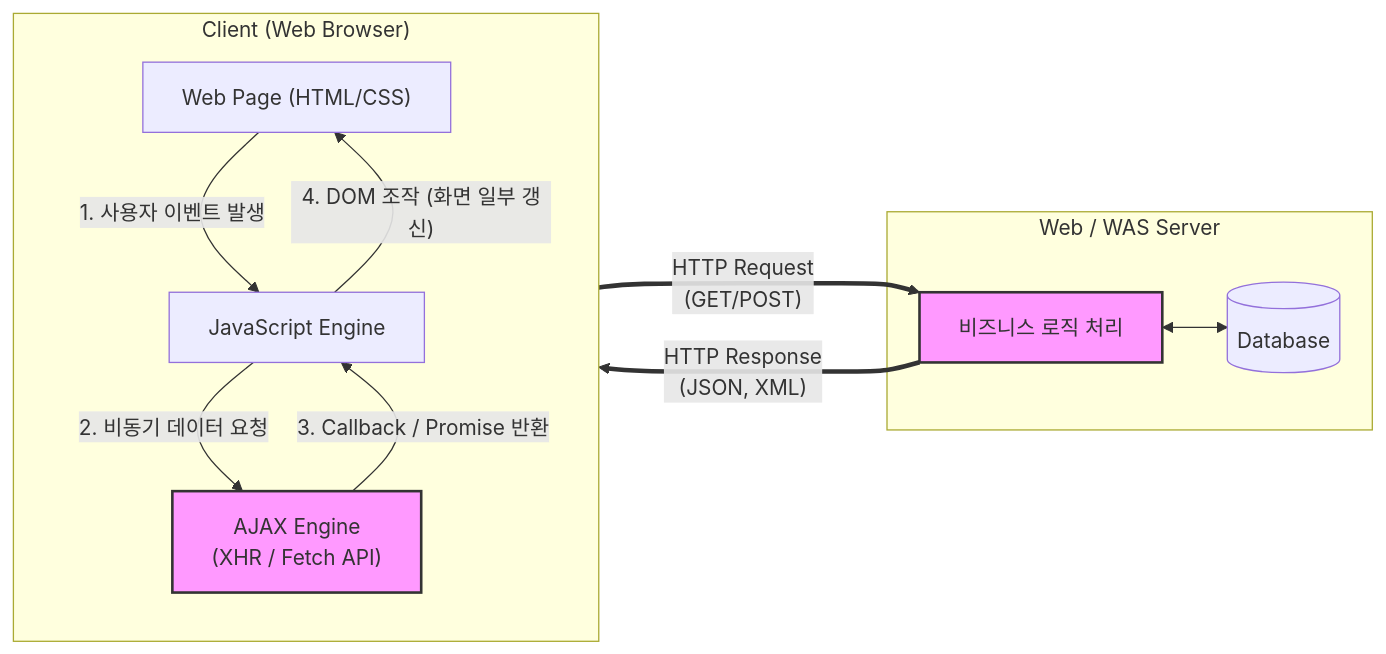
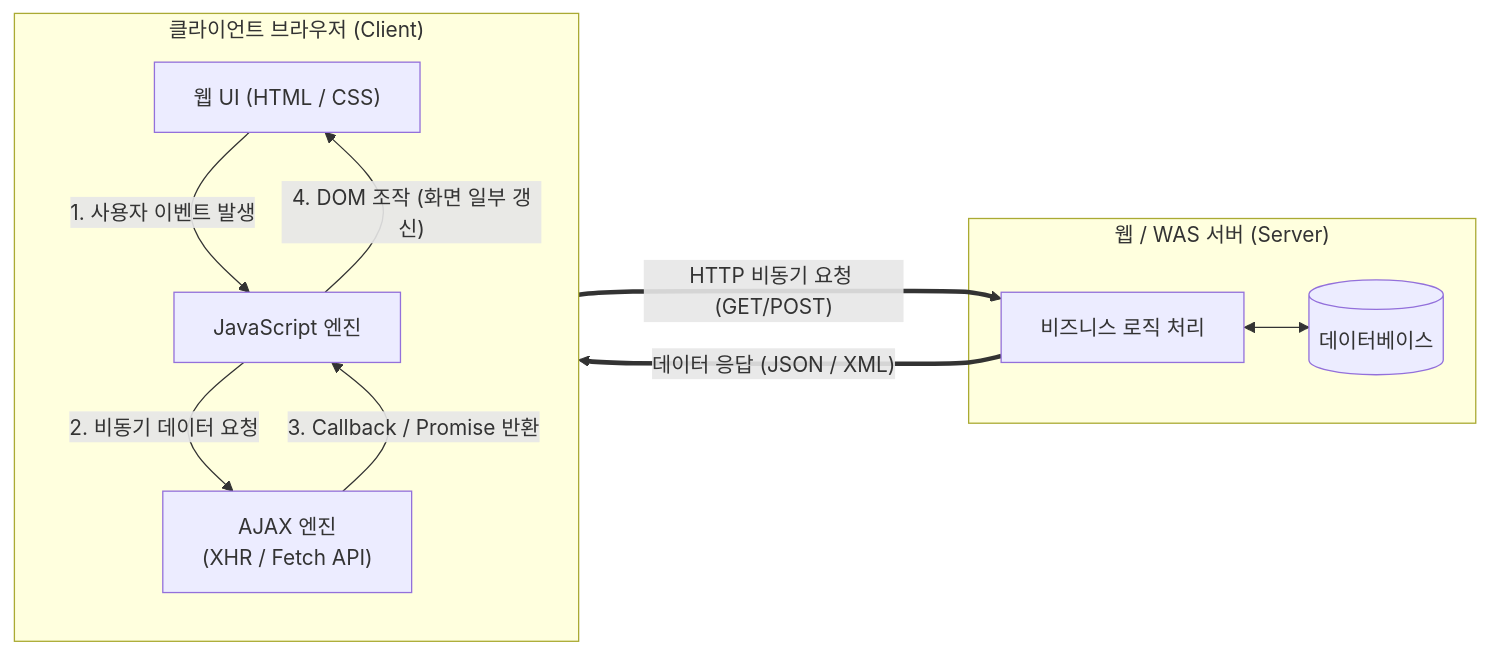
The diagram in content/01_IT Tech/AJAX.md (supremethumb/supremethumb.github.io), drawn with Mermaid before and after one commit. The commit also changed other lines of this file and 362 other files, not shown here.

````diff
--- a/content/01_IT Tech/AJAX.md
+++ b/content/01_IT Tech/AJAX.md
@@ -28,27 +31,23 @@
 ```mermaid
 flowchart LR
-    subgraph Client["Client (Web Browser)"]
+    subgraph Client["클라이언트 브라우저 (Client)"]
         direction TB
-        UI["Web Page (HTML/CSS)"]
-        JS["JavaScript Engine"]
-        Engine["AJAX Engine<br/>(XHR / Fetch API)"]
+        UI["웹 UI (HTML / CSS)"]
+        JS["JavaScript 엔진"]
+        Engine["AJAX 엔진<br/>(XHR / Fetch API)"]
         
         UI -- "1. 사용자 이벤트 발생" --> JS
         JS -- "4. DOM 조작 (화면 일부 갱신)" --> UI
         JS -- "2. 비동기 데이터 요청" --> Engine
         Engine -- "3. Callback / Promise 반환" --> JS
     end
 
-    subgraph Server["Web / WAS Server"]
+    subgraph Server["웹 / WAS 서버 (Server)"]
         Logic["비즈니스 로직 처리"]
-        DB[(Database)]
+        DB[(데이터베이스)]
         Logic <--> DB
     end
 
-    Engine == "HTTP Request<br/>(GET/POST)" ===> Logic
-    Logic == "HTTP Response<br/>(JSON, XML)" ===> Engine
-    
-    classDef highlight fill:#f9f,stroke:#333,stroke-width:2px;
-    class Engine,Logic highlight;
-
+    Engine == "HTTP 비동기 요청 (GET/POST)" ===> Logic
+    Logic == "데이터 응답 (JSON / XML)" ===> Engine
 ```
````
